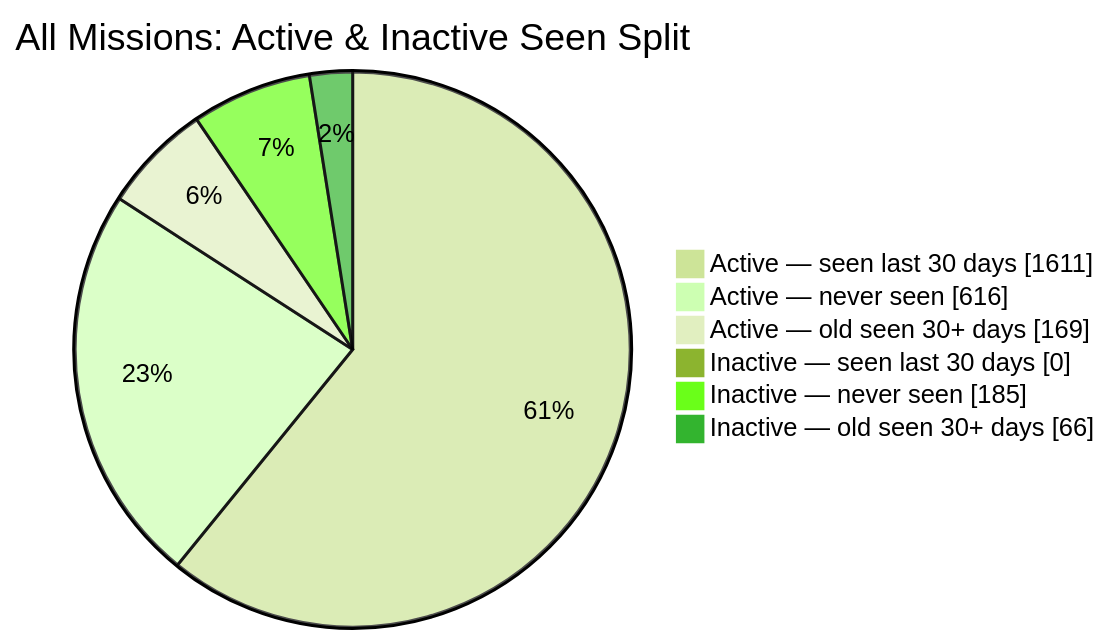
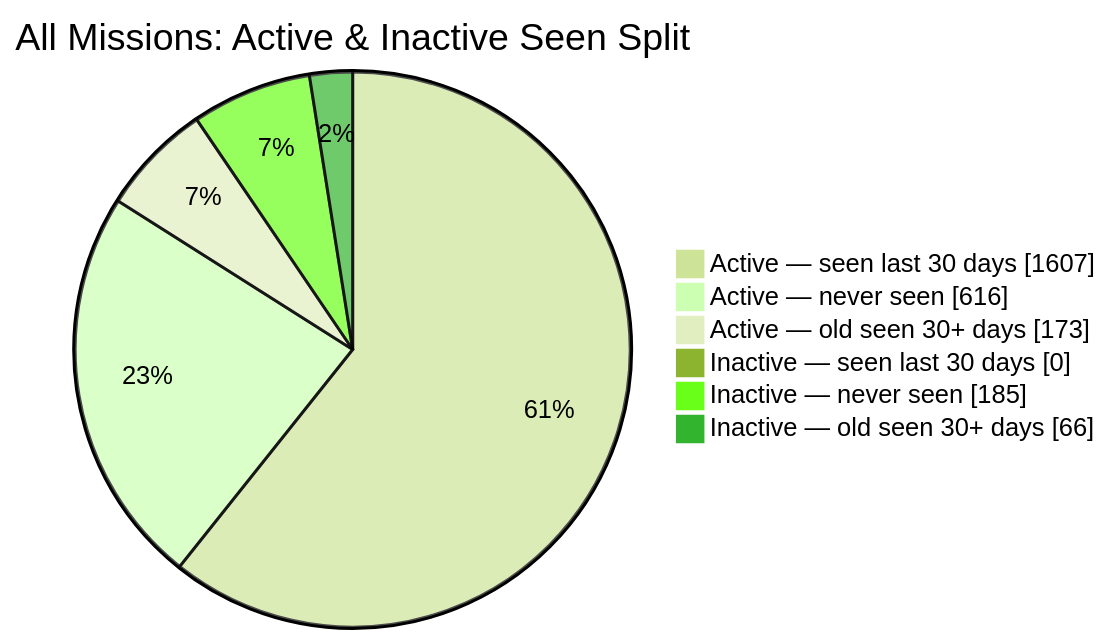
The second of 2 diagrams in README.md (MeldkamerspelGameTeam/active-missions), drawn with Mermaid (forest theme) before and after one commit. The commit also changed other lines of this file and 2 other files, not shown here.

````diff
--- a/README.md
+++ b/README.md
@@ -44,10 +44,10 @@
 ```mermaid
 pie showData
     title All Missions: Active & Inactive Seen Split
-    "Active — seen last 30 days" : 1611
+    "Active — seen last 30 days" : 1607
     "Active — never seen" : 616
-    "Active — old seen 30+ days" : 169
+    "Active — old seen 30+ days" : 173
     "Inactive — seen last 30 days" : 0
     "Inactive — never seen" : 185
     "Inactive — old seen 30+ days" : 66
 ```
````
